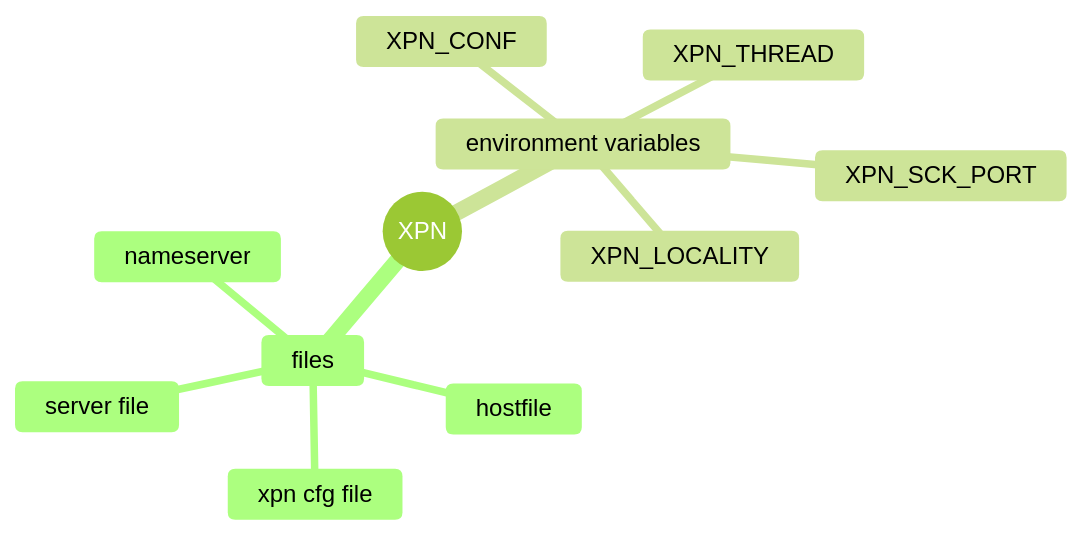
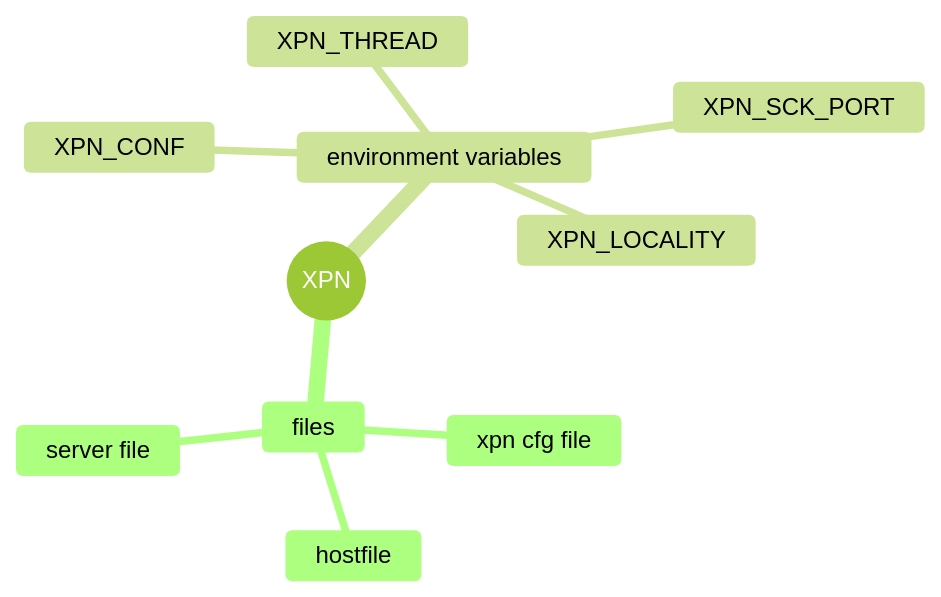
One commit to xpn-arcos/xpn changed the third of 4 diagrams in README.md. Above: the diagram before and after it, drawn with Mermaid (forest theme). The commit also changed other lines of this file and 16 other files, not shown here.

````diff
--- a/README.md
+++ b/README.md
@@ -128,14 +127,13 @@
   ```mermaid
   mindmap
   root((XPN))
     files
         hostfile
         xpn cfg file
-        nameserver
         server file
     environment variables
         XPN_CONF
         XPN_THREAD
         XPN_LOCALITY
         XPN_SCK_PORT
 ```
````
